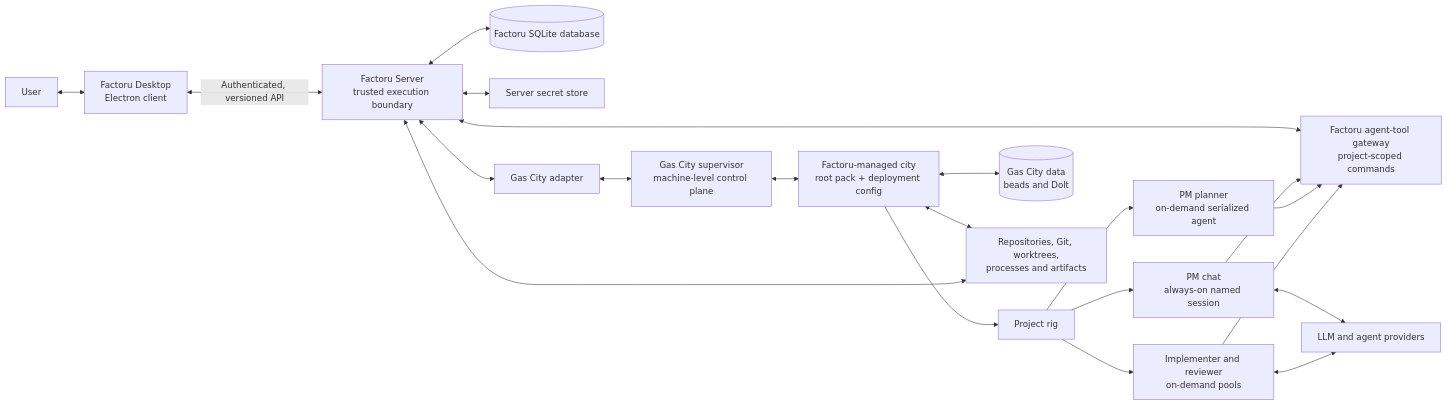
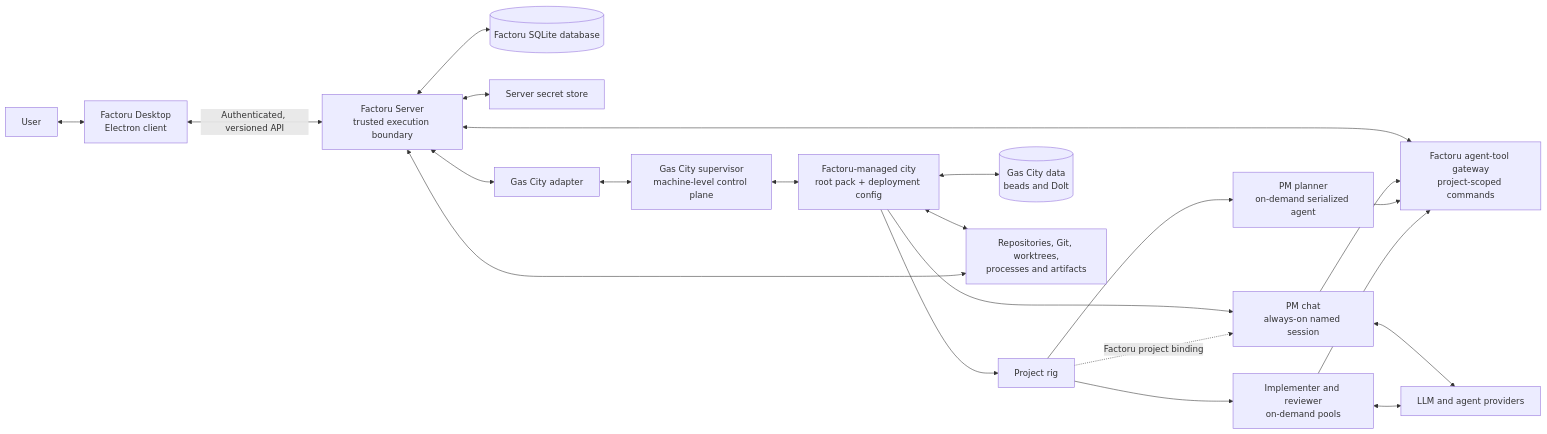
One commit to RUverse/factoru changed the first of 7 diagrams in docs/ARCHITECTURE.md. Above: the diagram before and after it, drawn with Mermaid. The commit also changed other lines of this file and 39 other files, not shown here.

````diff
--- a/docs/ARCHITECTURE.md
+++ b/docs/ARCHITECTURE.md
@@ -107,39 +108,40 @@
 ```mermaid
 flowchart LR
     U["User"]
     D["Factoru Desktop<br/>Electron client"]
     S["Factoru Server<br/>trusted execution boundary"]
     DB[("Factoru SQLite database")]
     SEC["Server secret store"]
     TOOLS["Factoru agent-tool gateway<br/>project-scoped commands"]
     GCA["Gas City adapter"]
     GC["Gas City supervisor<br/>machine-level control plane"]
     CITY["Factoru-managed city<br/>root pack + deployment config"]
     RIG["Project rig"]
     PM["PM chat<br/>always-on named session"]
     PLAN["PM planner<br/>on-demand serialized agent"]
     WORKERS["Implementer and reviewer<br/>on-demand pools"]
     GDB[("Gas City data<br/>beads and Dolt")]
     P["LLM and agent providers"]
     FS["Repositories, Git, worktrees,<br/>processes and artifacts"]
 
     U <--> D
     D <-->|"Authenticated, versioned API"| S
     S <--> DB
     S <--> SEC
     S <--> GCA <--> GC
     S <--> TOOLS
     GC <--> CITY
     CITY <--> GDB
     CITY --> RIG
-    RIG --> PM
+    CITY --> PM
+    RIG -. "Factoru project binding" .-> PM
     RIG --> PLAN
     RIG --> WORKERS
     PM --> TOOLS
     PLAN --> TOOLS
     WORKERS --> TOOLS
     PM <--> P
     WORKERS <--> P
     CITY <--> FS
     S <--> FS
 ```
````
